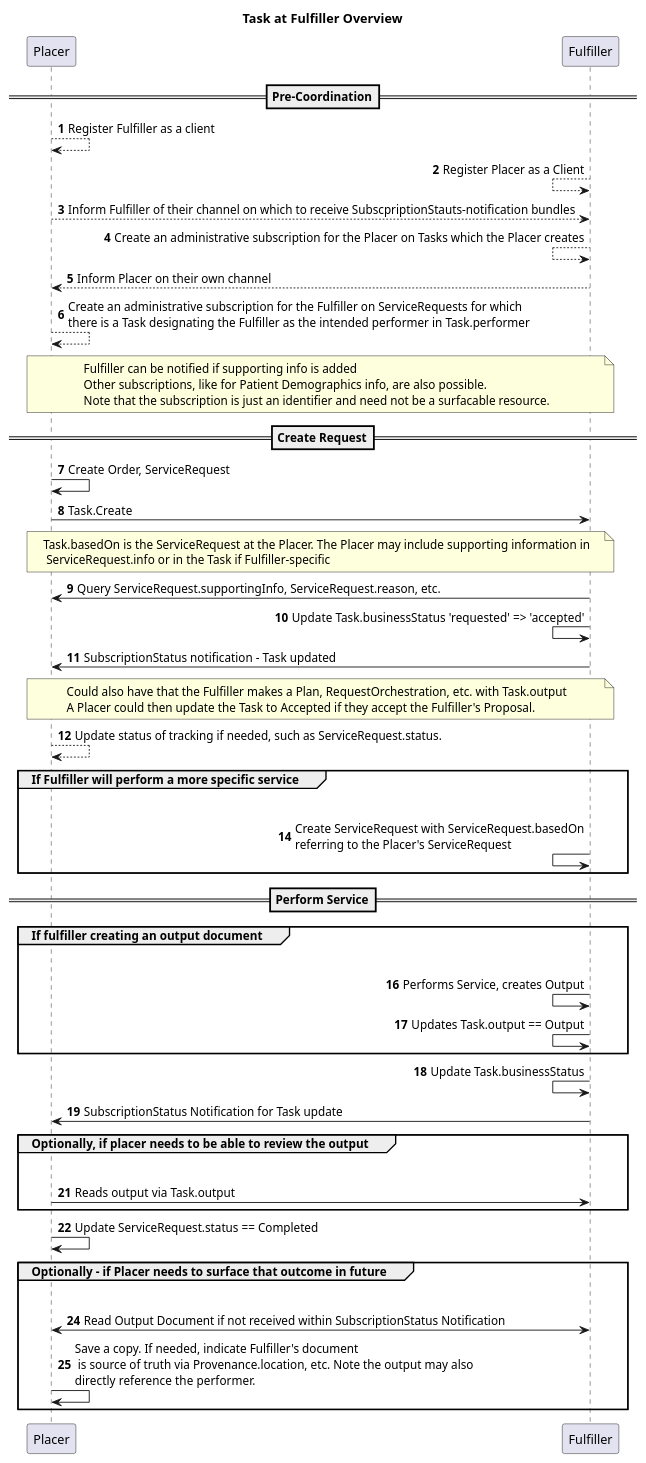
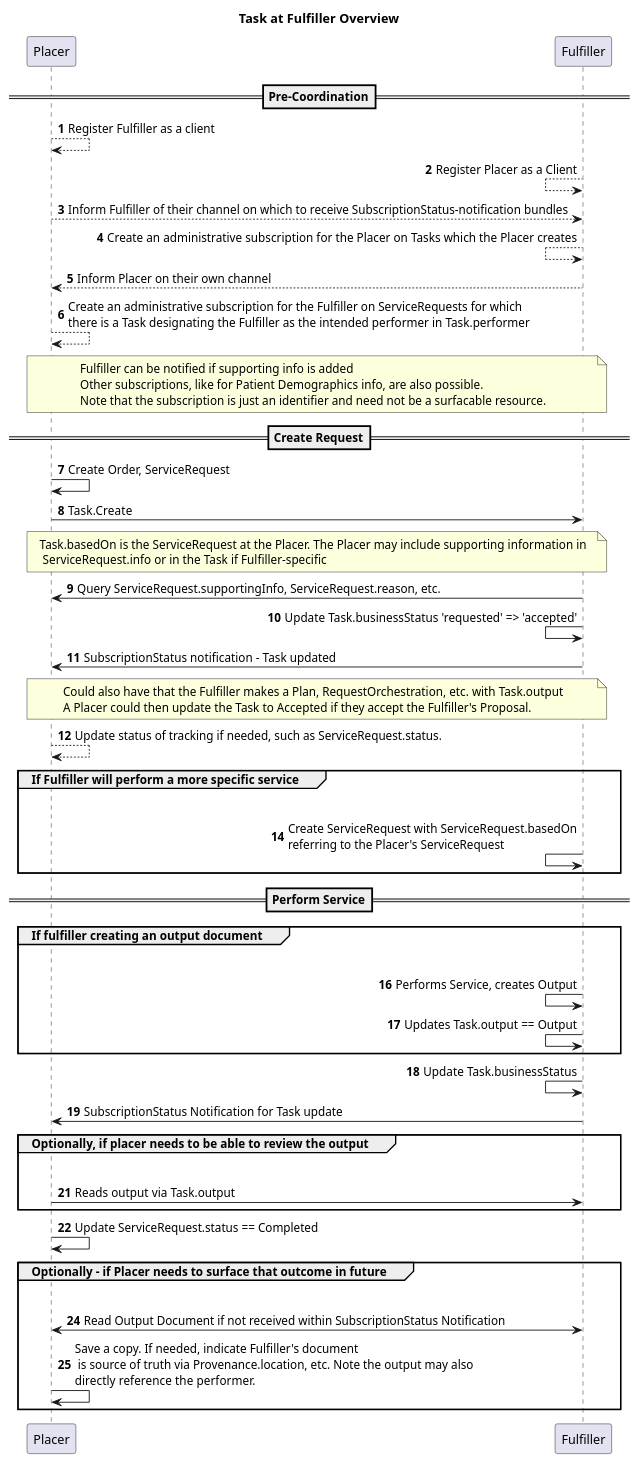
Before and after one commit to HL7/fhir-cow-ig: the diagram in input/images-source/subscriptions-general-example-task-at-fulfiller.plantuml, drawn with PlantUML.

```diff
--- a/input/images-source/subscriptions-general-example-task-at-fulfiller.plantuml
+++ b/input/images-source/subscriptions-general-example-task-at-fulfiller.plantuml
@@ -1,72 +1,72 @@
 @startuml
-skinparam svgDimensionStyle false
+'skinparam svgDimensionStyle false
 title Task at Fulfiller Overview
 
 autonumber
 
 ==Pre-Coordination==
 Placer --> Placer: Register Fulfiller as a client
 
 Fulfiller <-- Fulfiller: Register Placer as a Client
 
-Placer --> Fulfiller: Inform Fulfiller of their channel on which to receive SubscpriptionStauts-notification bundles
+Placer --> Fulfiller: Inform Fulfiller of their channel on which to receive SubscriptionStatus-notification bundles
 
 Fulfiller <-- Fulfiller: Create an administrative subscription for the Placer on Tasks which the Placer creates 
 
 Fulfiller --> Placer: Inform Placer on their own channel
 
 Placer --> Placer: Create an administrative subscription for the Fulfiller on ServiceRequests for which\nthere is a Task designating the Fulfiller as the intended performer in Task.performer
 
 note over Placer, Fulfiller: Fulfiller can be notified if supporting info is added\nOther subscriptions, like for Patient Demographics info, are also possible.\nNote that the subscription is just an identifier and need not be a surfacable resource.
 
 
 
 ==Create Request==
 Placer -> Placer: Create Order, ServiceRequest
 
 Placer -> Fulfiller: Task.Create
 
 note over Placer, Fulfiller: Task.basedOn is the ServiceRequest at the Placer. The Placer may include supporting information in\n ServiceRequest.info or in the Task if Fulfiller-specific
 
 Fulfiller -> Placer: Query ServiceRequest.supportingInfo, ServiceRequest.reason, etc.
 
 Fulfiller <- Fulfiller: Update Task.businessStatus 'requested' => 'accepted'
 
 Fulfiller -> Placer: SubscriptionStatus notification - Task updated
 
 note over Placer, Fulfiller: Could also have that the Fulfiller makes a Plan, RequestOrchestration, etc. with Task.output\nA Placer could then update the Task to Accepted if they accept the Fulfiller's Proposal.
 
 Placer --> Placer: Update status of tracking if needed, such as ServiceRequest.status. 
 
 group If Fulfiller will perform a more specific service
     Fulfiller -[hidden]> Placer:
     Fulfiller <- Fulfiller: Create ServiceRequest with ServiceRequest.basedOn\nreferring to the Placer's ServiceRequest
 end
 
 
 ==Perform Service==
 group If fulfiller creating an output document
     Fulfiller -[hidden]> Placer:
     Fulfiller <- Fulfiller: Performs Service, creates Output
     Fulfiller <- Fulfiller: Updates Task.output == Output
 end
 
 Fulfiller <- Fulfiller: Update Task.businessStatus
 
 Fulfiller -> Placer: SubscriptionStatus Notification for Task update
 
 group Optionally, if placer needs to be able to review the output
     Fulfiller -[hidden]> Placer:
     Placer -> Fulfiller: Reads output via Task.output
 end
 
 Placer -> Placer: Update ServiceRequest.status == Completed
 
 group Optionally - if Placer needs to surface that outcome in future
     Fulfiller -[hidden]> Placer:
     Placer <-> Fulfiller: Read Output Document if not received within SubscriptionStatus Notification
     Placer -> Placer: Save a copy. If needed, indicate Fulfiller's document\n is source of truth via Provenance.location, etc. Note the output may also\ndirectly reference the performer.
    
 end
 
 @enduml
```
